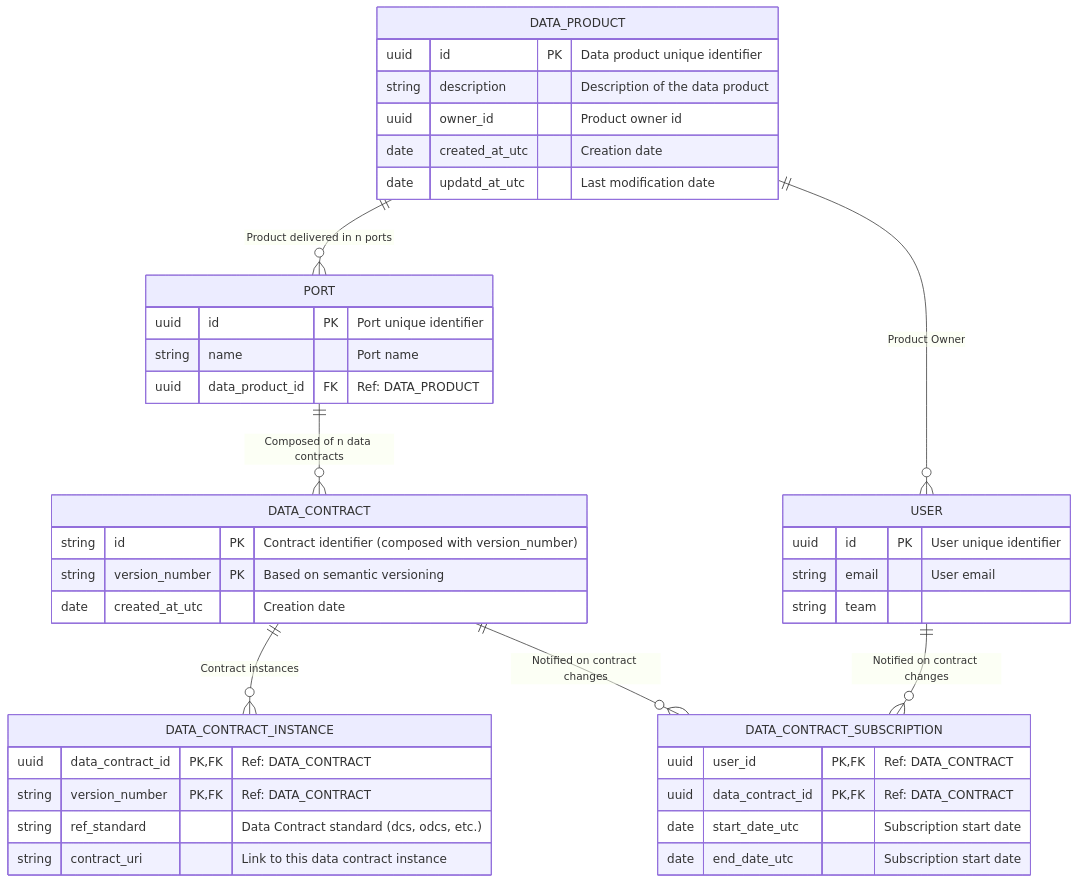
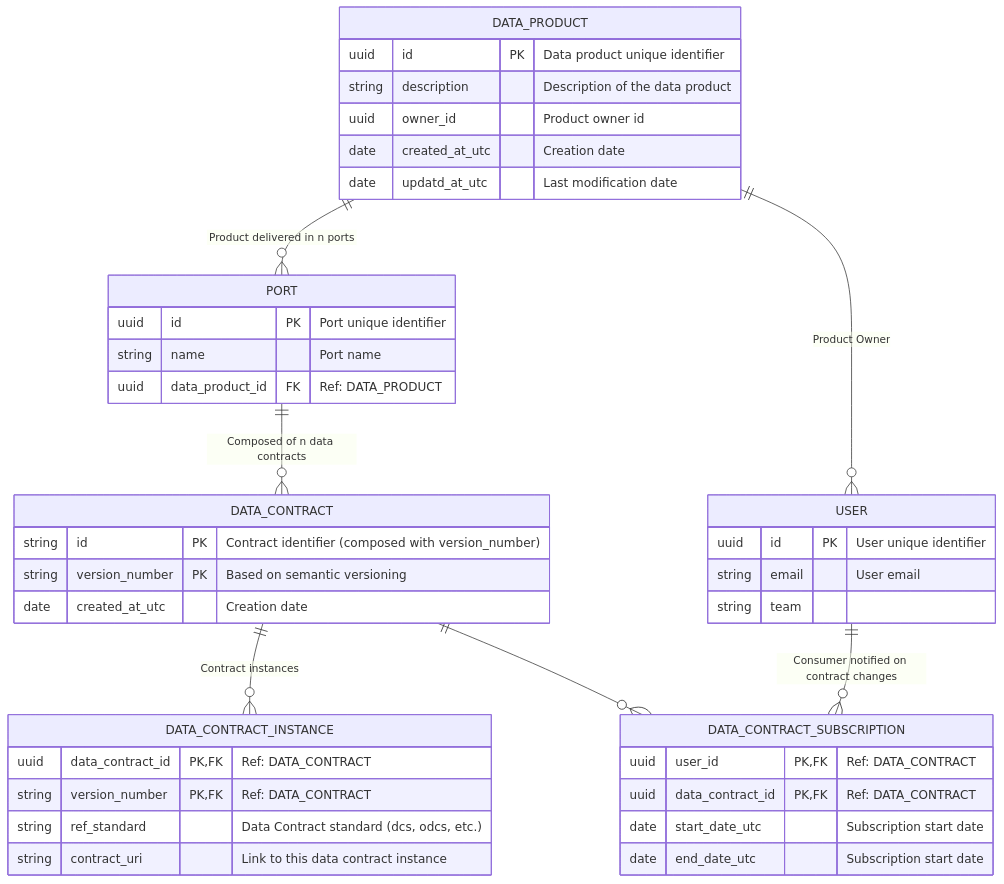
One commit to monmaya/base-impl changed the diagram in docs/relational_model.md. Above: the diagram before and after it, drawn with Mermaid.

````diff
--- a/docs/relational_model.md
+++ b/docs/relational_model.md
@@ -5,53 +5,53 @@
 ```mermaid
 
 erDiagram
 
     DATA_PRODUCT {
         uuid id PK "Data product unique identifier"
         string description "Description of the data product"
         uuid owner_id "Product owner id"
         date created_at_utc "Creation date"
         date updatd_at_utc "Last modification date"
     }
 
     PORT {
         uuid id PK "Port unique identifier"
         string name "Port name"
         uuid data_product_id FK "Ref: DATA_PRODUCT"
     }
 
     DATA_CONTRACT {
         string id PK "Contract identifier (composed with version_number)"
         string version_number PK "Based on semantic versioning"
         date created_at_utc "Creation date"
     }
 
     DATA_CONTRACT_INSTANCE {
         uuid data_contract_id PK, FK "Ref: DATA_CONTRACT"
         string version_number PK, FK "Ref: DATA_CONTRACT"
         string ref_standard "Data Contract standard (dcs, odcs, etc.)"
         string contract_uri "Link to this data contract instance"
     }
     
     DATA_CONTRACT_SUBSCRIPTION {
         uuid user_id PK, FK "Ref: DATA_CONTRACT"
         uuid data_contract_id PK, FK "Ref: DATA_CONTRACT"
         date start_date_utc "Subscription start date"
         date end_date_utc "Subscription start date"
     }
 
     USER {
         uuid id PK "User unique identifier"
         string email "User email"
         string team
     }
 
     DATA_PRODUCT ||--o{ PORT : "Product delivered in n ports"
     DATA_PRODUCT ||--o{ USER : "Product Owner"
     PORT ||--o{ DATA_CONTRACT : "Composed of n data contracts"
     DATA_CONTRACT ||--o{ DATA_CONTRACT_INSTANCE : "Contract instances"
-    DATA_CONTRACT ||--o{ DATA_CONTRACT_SUBSCRIPTION : "Notified on contract changes"
-    USER ||--o{ DATA_CONTRACT_SUBSCRIPTION : "Notified on contract changes"
+    DATA_CONTRACT ||--o{ DATA_CONTRACT_SUBSCRIPTION : ""
+    USER ||--o{ DATA_CONTRACT_SUBSCRIPTION : "Consumer notified on contract changes"
 
 
   ```
````
